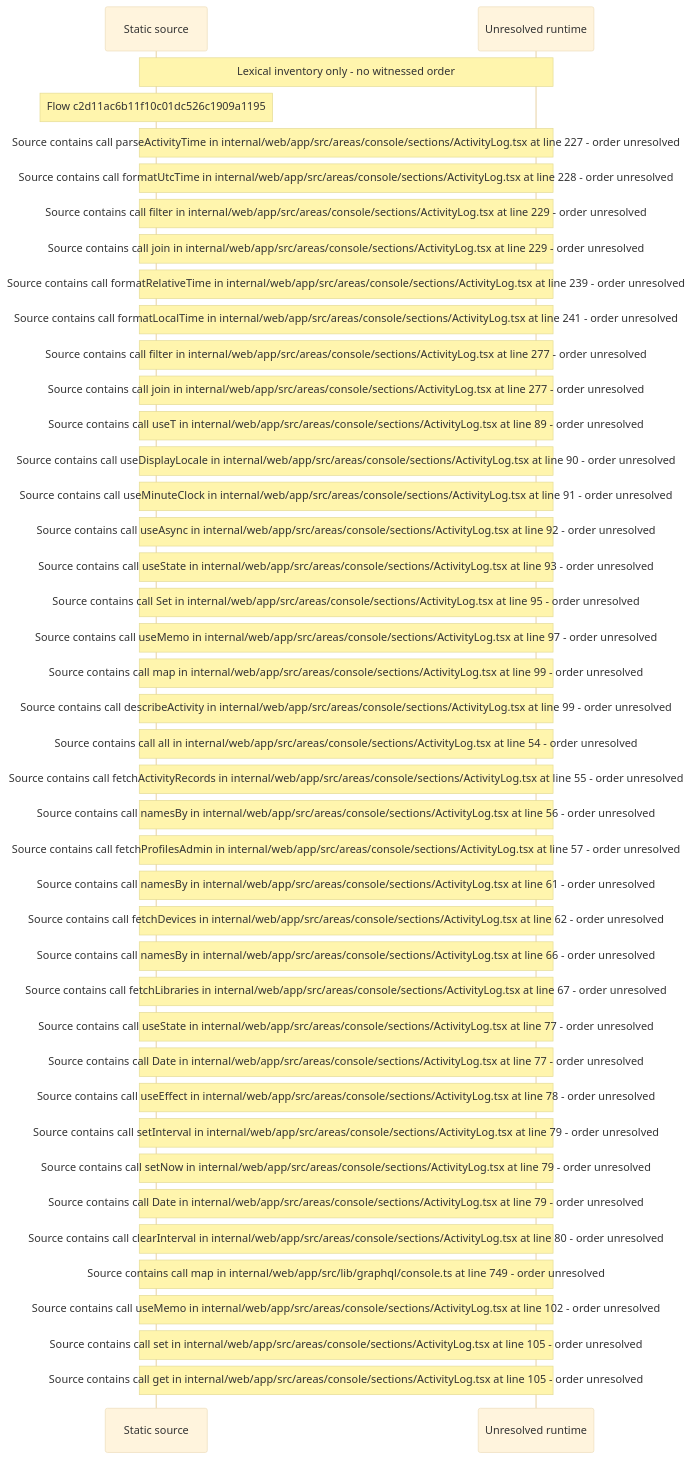
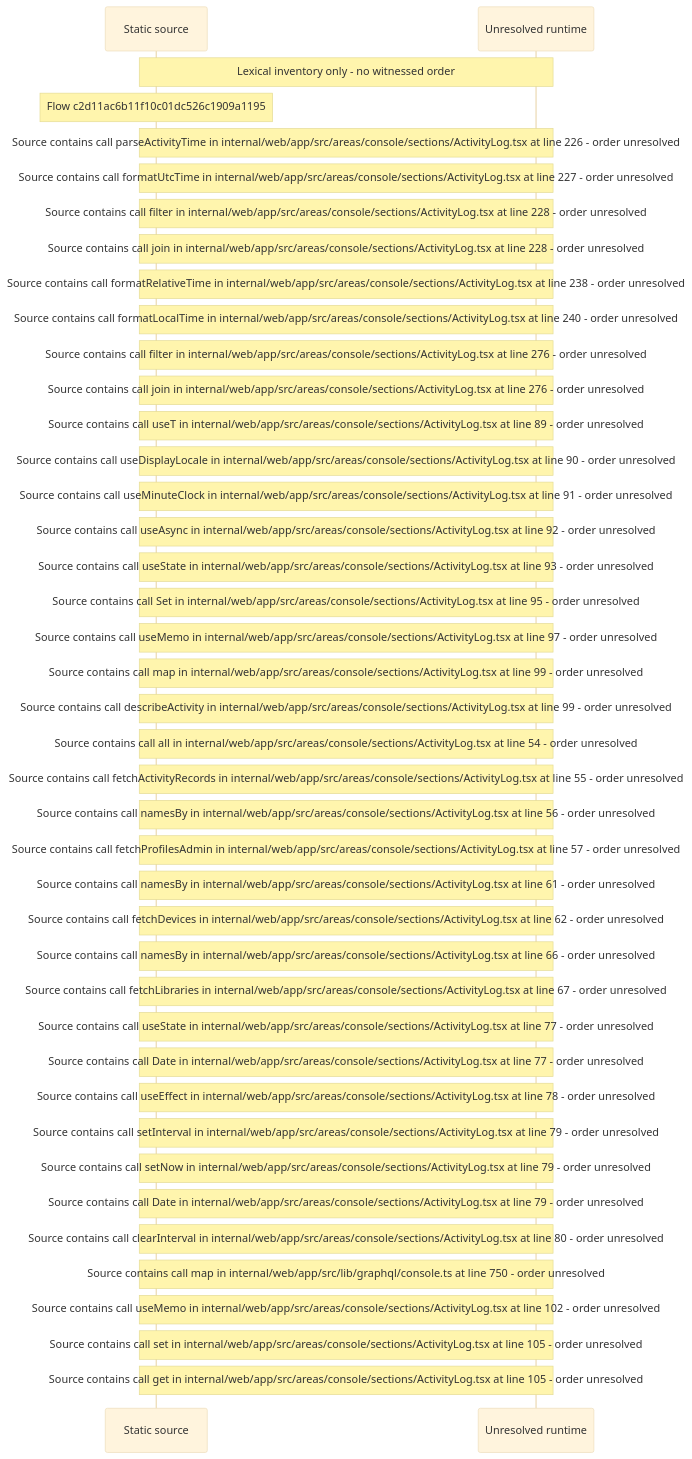
The diagram in docs/web/flows/generated/c2d11ac6b11f10c01dc526c1909a1195/flow-diagram.md (beamfall/core), drawn with Mermaid (base theme) before and after one commit. The commit also changed other lines of this file and 715 other files, not shown here.

First line of the commit message:
Regenerate the web flow record on main after CORE-1117

````diff
--- a/docs/web/flows/generated/c2d11ac6b11f10c01dc526c1909a1195/flow-diagram.md
+++ b/docs/web/flows/generated/c2d11ac6b11f10c01dc526c1909a1195/flow-diagram.md
@@ -10,43 +10,43 @@
 ```mermaid
 sequenceDiagram
     participant S as Static source
     participant U as Unresolved runtime
     Note over S,U: Lexical inventory only - no witnessed order
     Note over S: Flow c2d11ac6b11f10c01dc526c1909a1195
-    Note over S,U: Source contains call parseActivityTime in internal/web/app/src/areas/console/sections/ActivityLog.tsx at line 227 - order unresolved
-    Note over S,U: Source contains call formatUtcTime in internal/web/app/src/areas/console/sections/ActivityLog.tsx at line 228 - order unresolved
-    Note over S,U: Source contains call filter in internal/web/app/src/areas/console/sections/ActivityLog.tsx at line 229 - order unresolved
-    Note over S,U: Source contains call join in internal/web/app/src/areas/console/sections/ActivityLog.tsx at line 229 - order unresolved
-    Note over S,U: Source contains call formatRelativeTime in internal/web/app/src/areas/console/sections/ActivityLog.tsx at line 239 - order unresolved
-    Note over S,U: Source contains call formatLocalTime in internal/web/app/src/areas/console/sections/ActivityLog.tsx at line 241 - order unresolved
-    Note over S,U: Source contains call filter in internal/web/app/src/areas/console/sections/ActivityLog.tsx at line 277 - order unresolved
-    Note over S,U: Source contains call join in internal/web/app/src/areas/console/sections/ActivityLog.tsx at line 277 - order unresolved
+    Note over S,U: Source contains call parseActivityTime in internal/web/app/src/areas/console/sections/ActivityLog.tsx at line 226 - order unresolved
+    Note over S,U: Source contains call formatUtcTime in internal/web/app/src/areas/console/sections/ActivityLog.tsx at line 227 - order unresolved
+    Note over S,U: Source contains call filter in internal/web/app/src/areas/console/sections/ActivityLog.tsx at line 228 - order unresolved
+    Note over S,U: Source contains call join in internal/web/app/src/areas/console/sections/ActivityLog.tsx at line 228 - order unresolved
+    Note over S,U: Source contains call formatRelativeTime in internal/web/app/src/areas/console/sections/ActivityLog.tsx at line 238 - order unresolved
+    Note over S,U: Source contains call formatLocalTime in internal/web/app/src/areas/console/sections/ActivityLog.tsx at line 240 - order unresolved
+    Note over S,U: Source contains call filter in internal/web/app/src/areas/console/sections/ActivityLog.tsx at line 276 - order unresolved
+    Note over S,U: Source contains call join in internal/web/app/src/areas/console/sections/ActivityLog.tsx at line 276 - order unresolved
     Note over S,U: Source contains call useT in internal/web/app/src/areas/console/sections/ActivityLog.tsx at line 89 - order unresolved
     Note over S,U: Source contains call useDisplayLocale in internal/web/app/src/areas/console/sections/ActivityLog.tsx at line 90 - order unresolved
     Note over S,U: Source contains call useMinuteClock in internal/web/app/src/areas/console/sections/ActivityLog.tsx at line 91 - order unresolved
     Note over S,U: Source contains call useAsync in internal/web/app/src/areas/console/sections/ActivityLog.tsx at line 92 - order unresolved
     Note over S,U: Source contains call useState in internal/web/app/src/areas/console/sections/ActivityLog.tsx at line 93 - order unresolved
     Note over S,U: Source contains call Set in internal/web/app/src/areas/console/sections/ActivityLog.tsx at line 95 - order unresolved
     Note over S,U: Source contains call useMemo in internal/web/app/src/areas/console/sections/ActivityLog.tsx at line 97 - order unresolved
     Note over S,U: Source contains call map in internal/web/app/src/areas/console/sections/ActivityLog.tsx at line 99 - order unresolved
     Note over S,U: Source contains call describeActivity in internal/web/app/src/areas/console/sections/ActivityLog.tsx at line 99 - order unresolved
     Note over S,U: Source contains call all in internal/web/app/src/areas/console/sections/ActivityLog.tsx at line 54 - order unresolved
     Note over S,U: Source contains call fetchActivityRecords in internal/web/app/src/areas/console/sections/ActivityLog.tsx at line 55 - order unresolved
     Note over S,U: Source contains call namesBy in internal/web/app/src/areas/console/sections/ActivityLog.tsx at line 56 - order unresolved
     Note over S,U: Source contains call fetchProfilesAdmin in internal/web/app/src/areas/console/sections/ActivityLog.tsx at line 57 - order unresolved
     Note over S,U: Source contains call namesBy in internal/web/app/src/areas/console/sections/ActivityLog.tsx at line 61 - order unresolved
     Note over S,U: Source contains call fetchDevices in internal/web/app/src/areas/console/sections/ActivityLog.tsx at line 62 - order unresolved
     Note over S,U: Source contains call namesBy in internal/web/app/src/areas/console/sections/ActivityLog.tsx at line 66 - order unresolved
     Note over S,U: Source contains call fetchLibraries in internal/web/app/src/areas/console/sections/ActivityLog.tsx at line 67 - order unresolved
     Note over S,U: Source contains call useState in internal/web/app/src/areas/console/sections/ActivityLog.tsx at line 77 - order unresolved
     Note over S,U: Source contains call Date in internal/web/app/src/areas/console/sections/ActivityLog.tsx at line 77 - order unresolved
     Note over S,U: Source contains call useEffect in internal/web/app/src/areas/console/sections/ActivityLog.tsx at line 78 - order unresolved
     Note over S,U: Source contains call setInterval in internal/web/app/src/areas/console/sections/ActivityLog.tsx at line 79 - order unresolved
     Note over S,U: Source contains call setNow in internal/web/app/src/areas/console/sections/ActivityLog.tsx at line 79 - order unresolved
     Note over S,U: Source contains call Date in internal/web/app/src/areas/console/sections/ActivityLog.tsx at line 79 - order unresolved
     Note over S,U: Source contains call clearInterval in internal/web/app/src/areas/console/sections/ActivityLog.tsx at line 80 - order unresolved
-    Note over S,U: Source contains call map in internal/web/app/src/lib/graphql/console.ts at line 749 - order unresolved
+    Note over S,U: Source contains call map in internal/web/app/src/lib/graphql/console.ts at line 750 - order unresolved
     Note over S,U: Source contains call useMemo in internal/web/app/src/areas/console/sections/ActivityLog.tsx at line 102 - order unresolved
     Note over S,U: Source contains call set in internal/web/app/src/areas/console/sections/ActivityLog.tsx at line 105 - order unresolved
     Note over S,U: Source contains call get in internal/web/app/src/areas/console/sections/ActivityLog.tsx at line 105 - order unresolved
 ```
````
